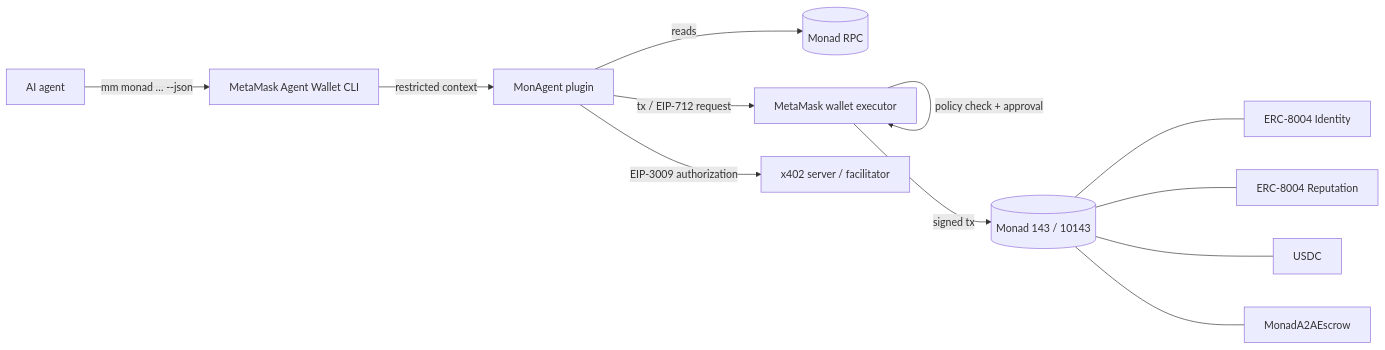
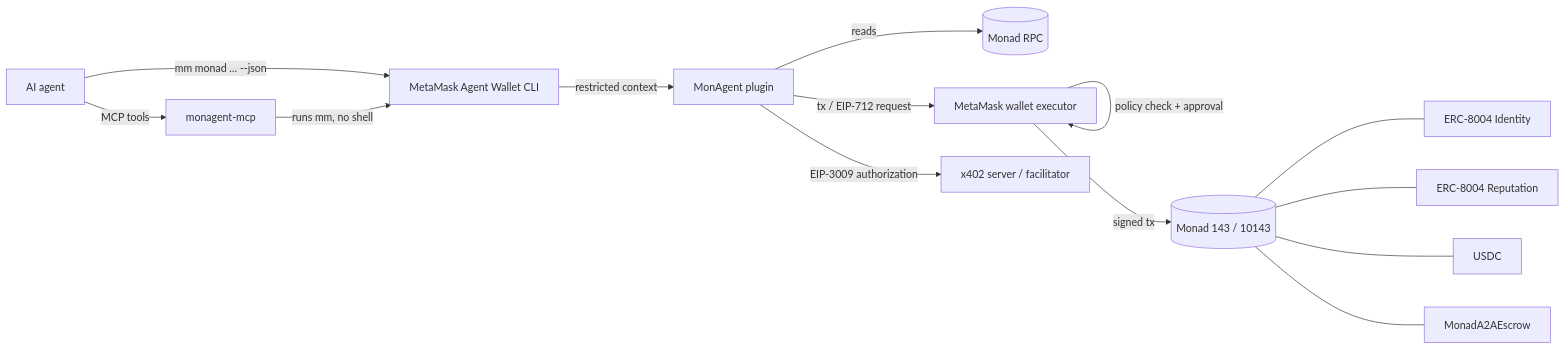
One commit to zakyirsyaad/monagent changed the diagram in README.md. Above: the diagram before and after it, drawn with Mermaid. The commit also changed other lines of this file, not shown here.

````diff
--- a/README.md
+++ b/README.md
@@ -40,14 +45,16 @@
 ```mermaid
 flowchart LR
   A[AI agent] -->|"mm monad … --json"| H[MetaMask Agent Wallet CLI]
+  A -->|MCP tools| K[monagent-mcp]
+  K -->|"runs mm, no shell"| H
   H -->|restricted context| P[MonAgent plugin]
   P -->|reads| R[(Monad RPC)]
   P -->|tx / EIP-712 request| E[MetaMask wallet executor]
   E -->|policy check + approval| E
   E -->|signed tx| M[(Monad 143 / 10143)]
   M --- I[ERC-8004 Identity]
   M --- Q[ERC-8004 Reputation]
   M --- U[USDC]
   M --- X[MonadA2AEscrow]
   P -->|EIP-3009 authorization| S[x402 server / facilitator]
 ```
````
